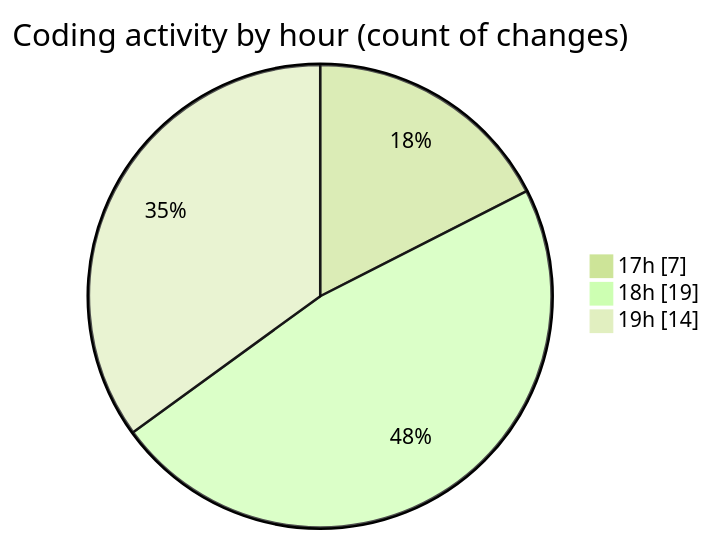
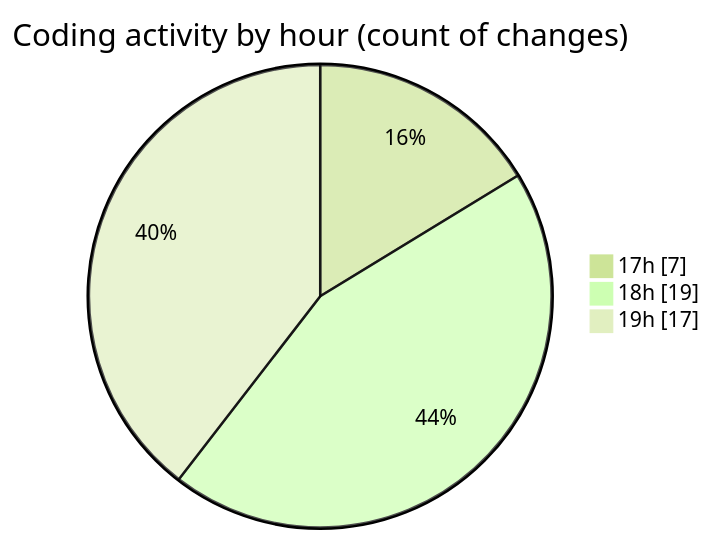
The second of 2 diagrams in 2025-05-22/expensetracker/README.md (Ritupan-Deka/code-tracking), drawn with Mermaid (forest theme) before and after one commit. The commit also changed other lines of this file and 1 other file, not shown here.

````diff
--- a/2025-05-22/expensetracker/README.md
+++ b/2025-05-22/expensetracker/README.md
@@ -40,7 +40,7 @@
 ```mermaid
 pie showData
 title Coding activity by hour (count of changes)
 "17h" : 7
 "18h" : 19
-"19h" : 14
+"19h" : 17
 ```
````
